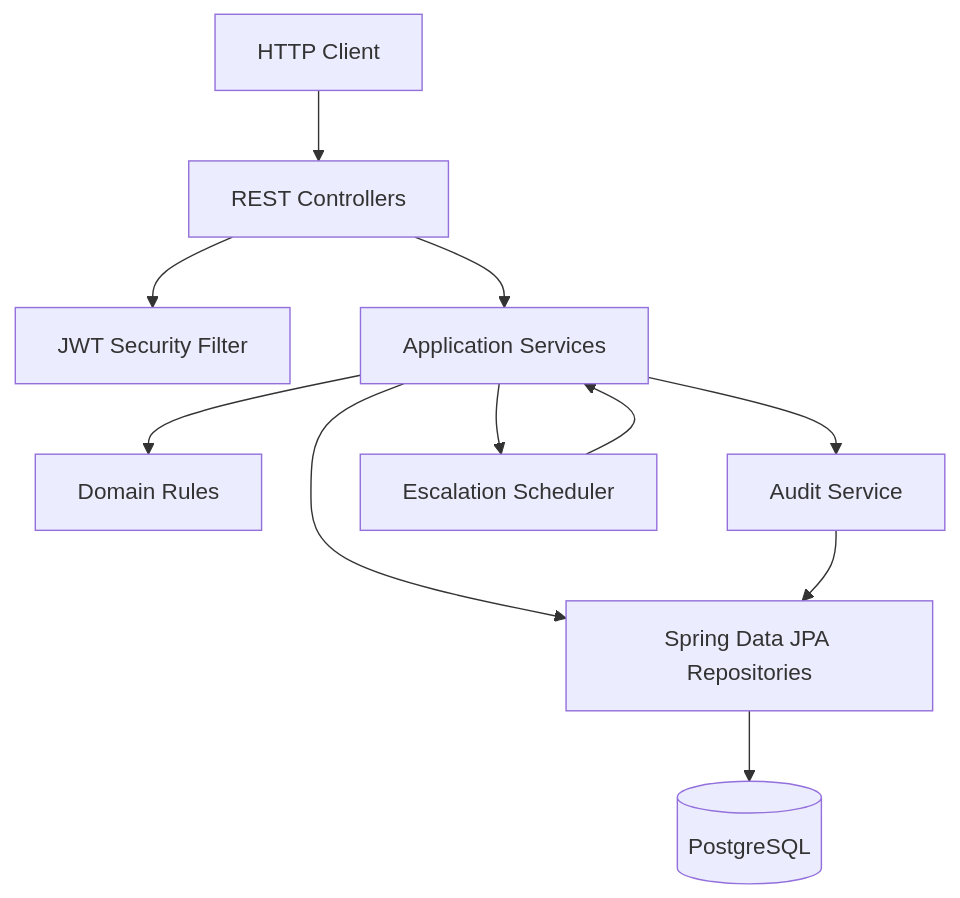
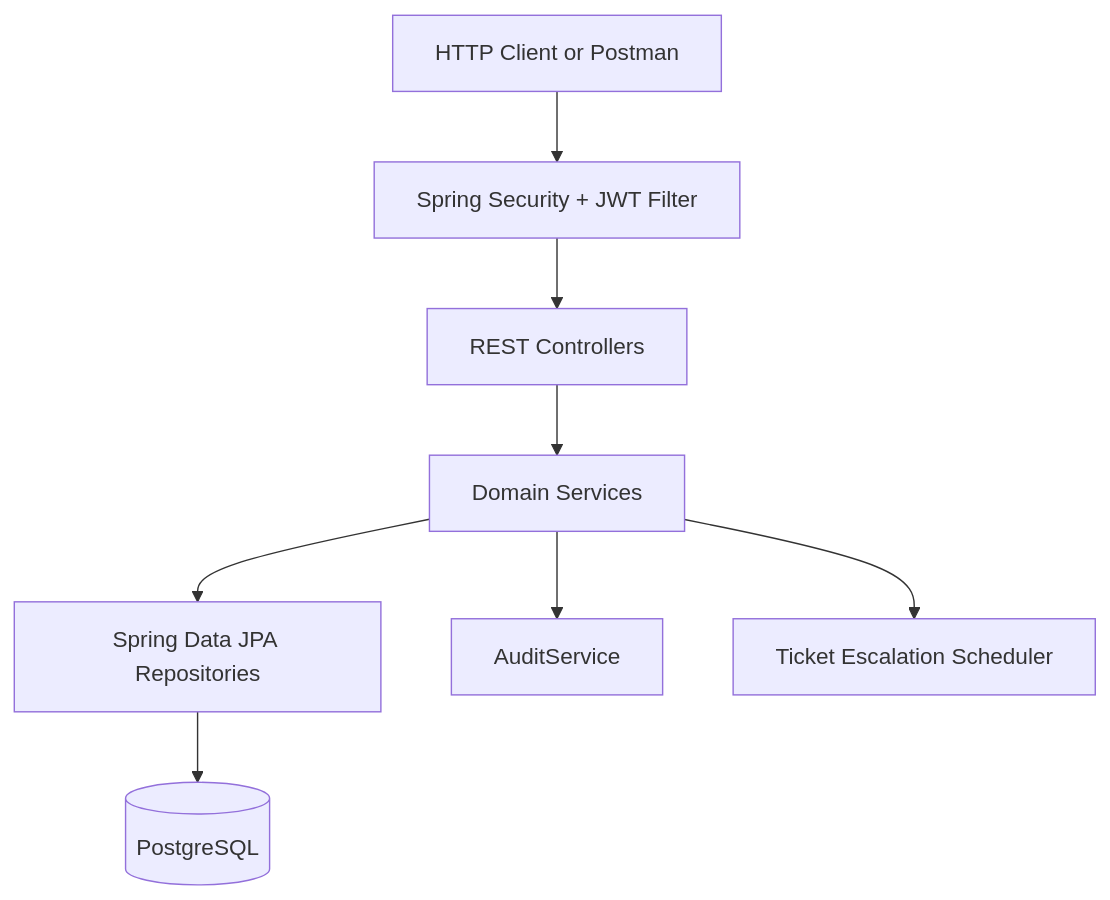
One commit to yardenmizrahi/ticketManagment changed the first of 3 diagrams in design.md. Above: the diagram before and after it, drawn with Mermaid. The commit also changed other lines of this file and 21 other files, not shown here.

````diff
--- a/design.md
+++ b/design.md
@@ -77,13 +13,10 @@
 ```mermaid
 flowchart TD
-    Client[HTTP Client] --> Controllers[REST Controllers]
-    Controllers --> AuthFilter[JWT Security Filter]
-    Controllers --> Services[Application Services]
-    Services --> Domain[Domain Rules]
+    Client[HTTP Client or Postman] --> Security[Spring Security + JWT Filter]
+    Security --> Controllers[REST Controllers]
+    Controllers --> Services[Domain Services]
     Services --> Repositories[Spring Data JPA Repositories]
-    Services --> Audit[Audit Service]
-    Services --> Scheduler[Escalation Scheduler]
+    Services --> Audit[AuditService]
+    Services --> Scheduler[Ticket Escalation Scheduler]
     Repositories --> DB[(PostgreSQL)]
-    Scheduler --> Services
-    Audit --> Repositories
 ```
````
